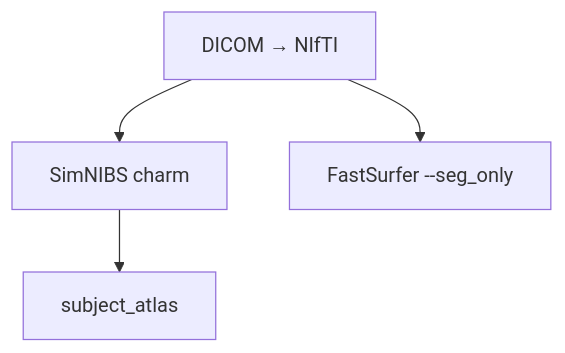
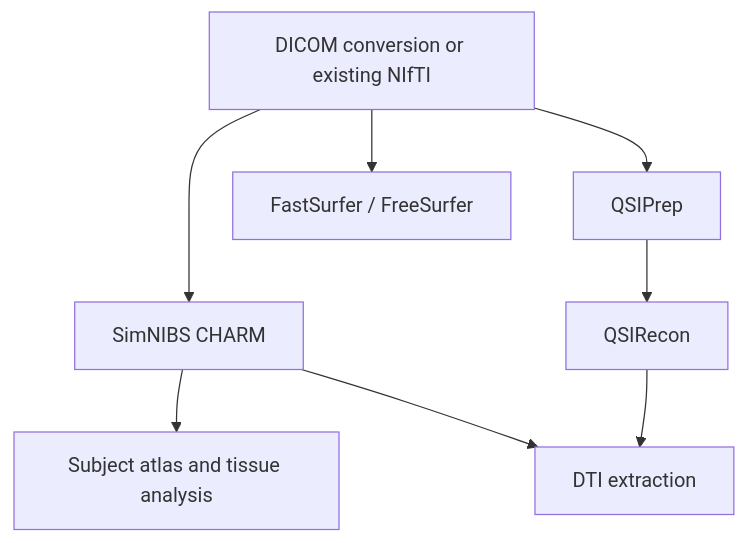
The diagram in docs/wiki/pre-processing.md (idossha/TI-Toolbox), drawn with Mermaid before and after one commit. The commit also changed other lines of this file and 39 other files, not shown here.

````diff
--- a/docs/wiki/pre-processing.md
+++ b/docs/wiki/pre-processing.md
@@ -246,6 +14,10 @@
 ```mermaid
 graph TD
-    A[DICOM → NIfTI] --> B[SimNIBS charm]
-    A --> C[FastSurfer --seg_only]
-    B --> D[subject_atlas]
+    A[DICOM conversion or existing NIfTI] --> B[SimNIBS CHARM]
+    A --> C[FastSurfer / FreeSurfer]
+    A --> D[QSIPrep]
+    B --> E[Subject atlas and tissue analysis]
+    D --> F[QSIRecon]
+    F --> G[DTI extraction]
+    B --> G
 ```
````
